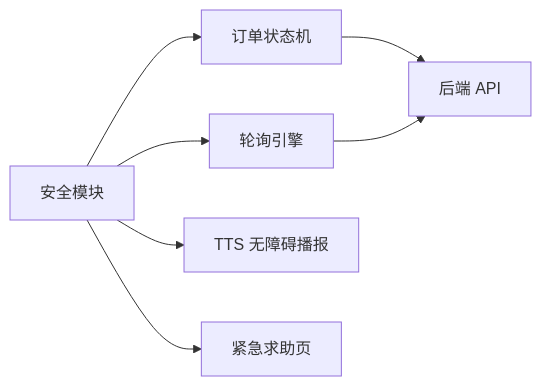
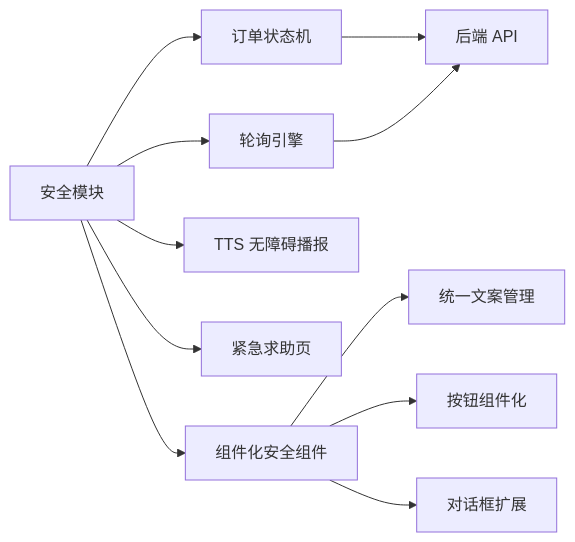
One commit to Jayden23018/blind-run-ios changed the eighth of 8 diagrams in .qoder/repowiki/zh/content/架构设计/模块化架构设计/Safety 安全模块.md. Above: the diagram before and after it, drawn with Mermaid. The commit also changed other lines of this file and 11 other files, not shown here.

````diff
--- a/.qoder/repowiki/zh/content/架构设计/模块化架构设计/Safety 安全模块.md
+++ b/.qoder/repowiki/zh/content/架构设计/模块化架构设计/Safety 安全模块.md
@@ -256,9 +299,13 @@
 ```mermaid
 graph LR
 Safety["安全模块"] --> StateMachine["订单状态机"]
 Safety --> Polling["轮询引擎"]
 Safety --> TTS["TTS 无障碍播报"]
 Safety --> UI["紧急求助页"]
+Safety --> Components["组件化安全组件"]
 StateMachine --> API["后端 API"]
 Polling --> API
+Components --> EmergencySafetyCopy["统一文案管理"]
+Components --> EmergencyActionButton["按钮组件化"]
+Components --> EmergencyConfirmationAlert["对话框扩展"]
 ```
````
